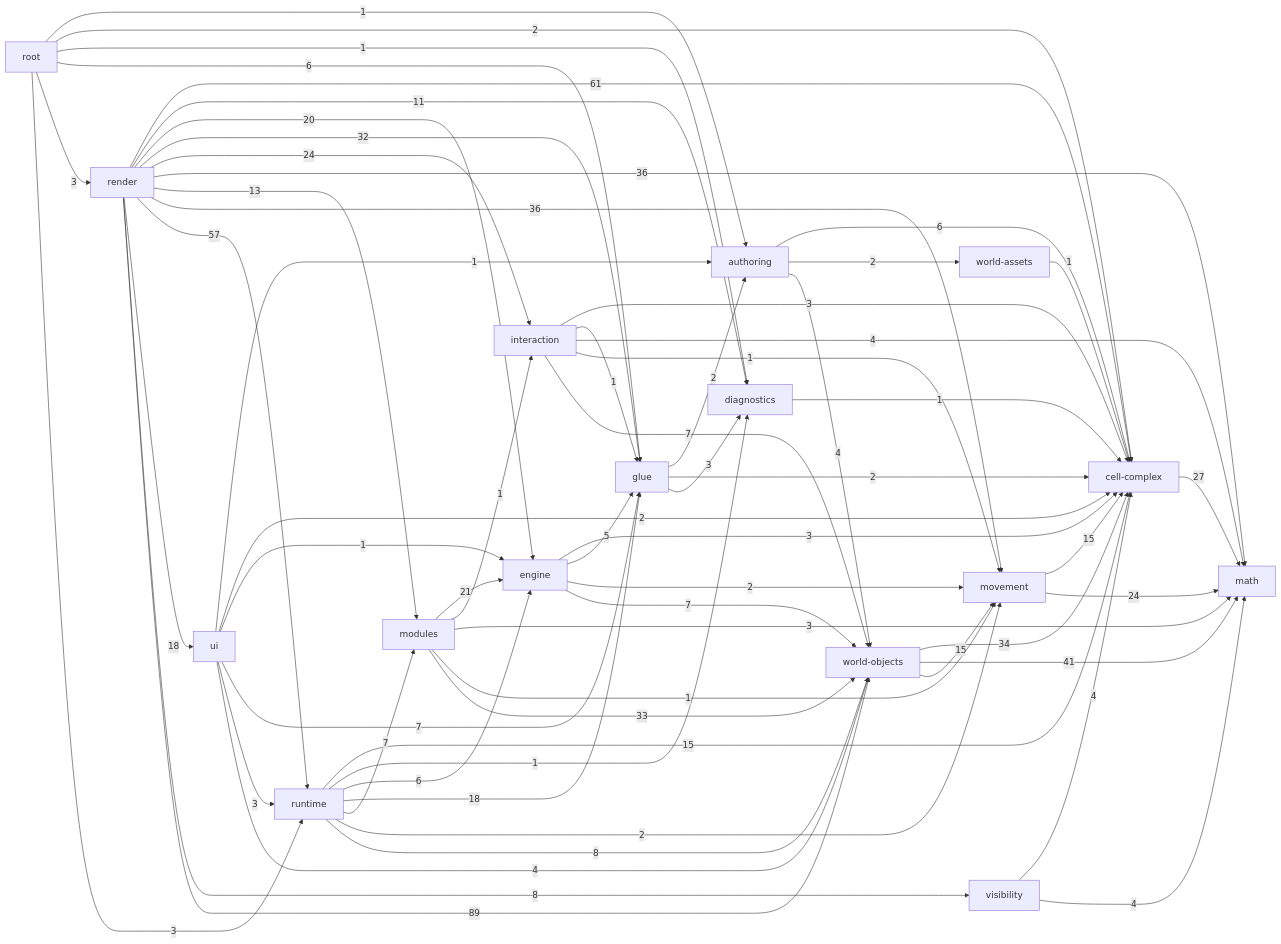
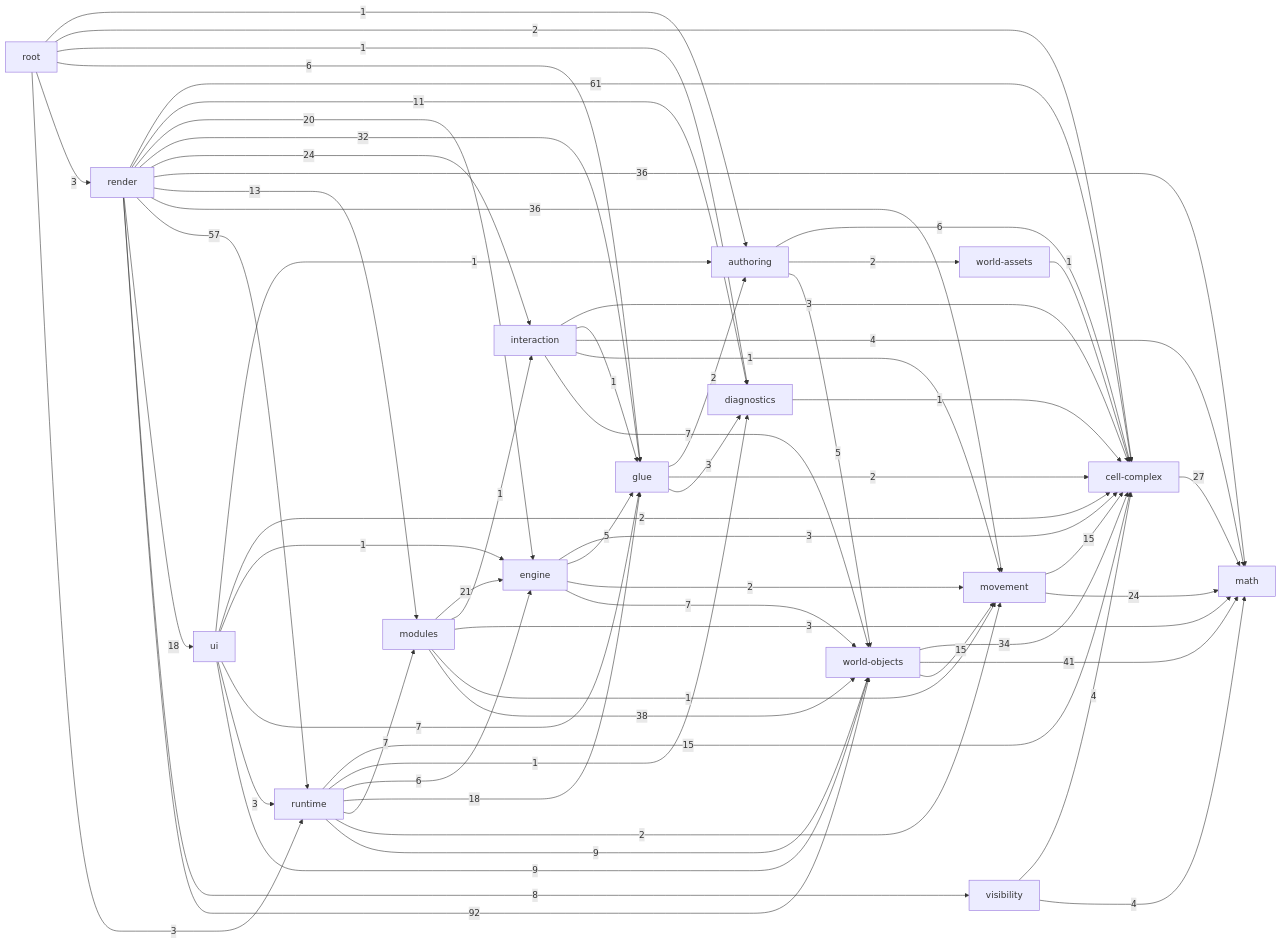
One commit to guraltsev/noneuclid-fpv changed the diagram in _docs/generated/ARCHITECTURE_REFERENCE.md. Above: the diagram before and after it, drawn with Mermaid. The commit also changed other lines of this file and 62 other files, not shown here.

````diff
--- a/_docs/generated/ARCHITECTURE_REFERENCE.md
+++ b/_docs/generated/ARCHITECTURE_REFERENCE.md
@@ -37,80 +37,80 @@
 ```mermaid
 flowchart LR
   math["math"]
   cell_complex["cell-complex"]
   diagnostics["diagnostics"]
   visibility["visibility"]
   movement["movement"]
   world_assets["world-assets"]
   world_objects["world-objects"]
   authoring["authoring"]
   glue["glue"]
   interaction["interaction"]
   engine["engine"]
   modules["modules"]
   runtime["runtime"]
   ui["ui"]
   render["render"]
   root["root"]
   authoring -->|6| cell_complex
   authoring -->|2| world_assets
-  authoring -->|4| world_objects
+  authoring -->|5| world_objects
   cell_complex -->|27| math
   diagnostics -->|1| cell_complex
   engine -->|3| cell_complex
   engine -->|5| glue
   engine -->|2| movement
   engine -->|7| world_objects
   glue -->|2| authoring
   glue -->|2| cell_complex
   glue -->|3| diagnostics
   interaction -->|3| cell_complex
   interaction -->|1| glue
   interaction -->|4| math
   interaction -->|1| movement
   interaction -->|7| world_objects
   modules -->|21| engine
   modules -->|1| interaction
   modules -->|3| math
   modules -->|1| movement
-  modules -->|33| world_objects
+  modules -->|38| world_objects
   movement -->|15| cell_complex
   movement -->|24| math
   render -->|61| cell_complex
   render -->|11| diagnostics
   render -->|20| engine
   render -->|32| glue
   render -->|24| interaction
   render -->|36| math
   render -->|13| modules
   render -->|36| movement
   render -->|57| runtime
   render -->|18| ui
   render -->|8| visibility
-  render -->|89| world_objects
+  render -->|92| world_objects
   root -->|1| authoring
   root -->|2| cell_complex
   root -->|1| diagnostics
   root -->|6| glue
   root -->|3| render
   root -->|3| runtime
   runtime -->|15| cell_complex
   runtime -->|1| diagnostics
   runtime -->|6| engine
   runtime -->|18| glue
   runtime -->|7| modules
   runtime -->|2| movement
-  runtime -->|8| world_objects
+  runtime -->|9| world_objects
   ui -->|1| authoring
   ui -->|2| cell_complex
   ui -->|1| engine
   ui -->|7| glue
   ui -->|3| runtime
-  ui -->|4| world_objects
+  ui -->|9| world_objects
   visibility -->|4| cell_complex
   visibility -->|4| math
   world_assets -->|1| cell_complex
   world_objects -->|34| cell_complex
   world_objects -->|41| math
   world_objects -->|15| movement
 ```
````
